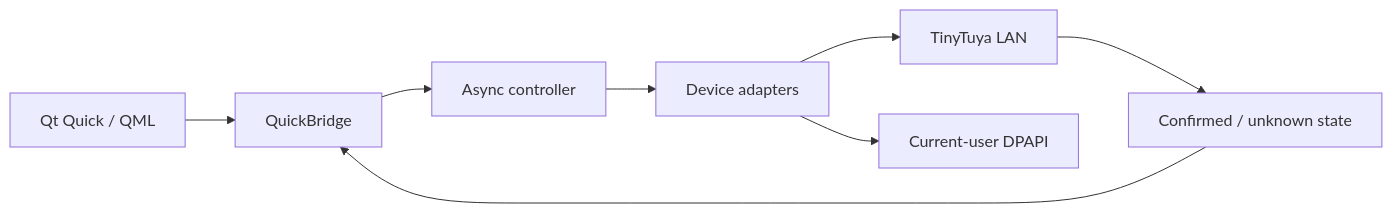
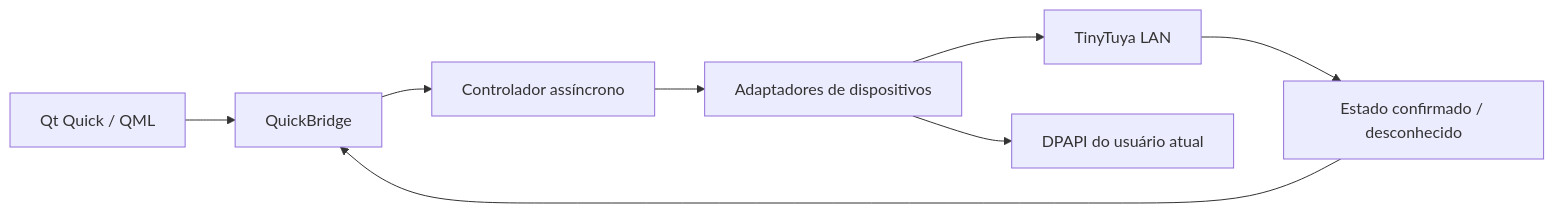
Before and after one commit to joaopedrobn/smart-tray: the diagram in README.md, drawn with Mermaid. The commit also changed other lines of this file and 7 other files, not shown here.

````diff
--- a/README.md
+++ b/README.md
@@ -150,10 +168,10 @@
 ```mermaid
 flowchart LR
     UI[Qt Quick / QML] --> B[QuickBridge]
-    B --> C[Async controller]
-    C --> A[Device adapters]
+    B --> C[Controlador assíncrono]
+    C --> A[Adaptadores de dispositivos]
     A --> T[TinyTuya LAN]
-    A --> K[Current-user DPAPI]
-    T --> S[Confirmed / unknown state]
+    A --> K[DPAPI do usuário atual]
+    T --> S[Estado confirmado / desconhecido]
     S --> B
 ```
````
